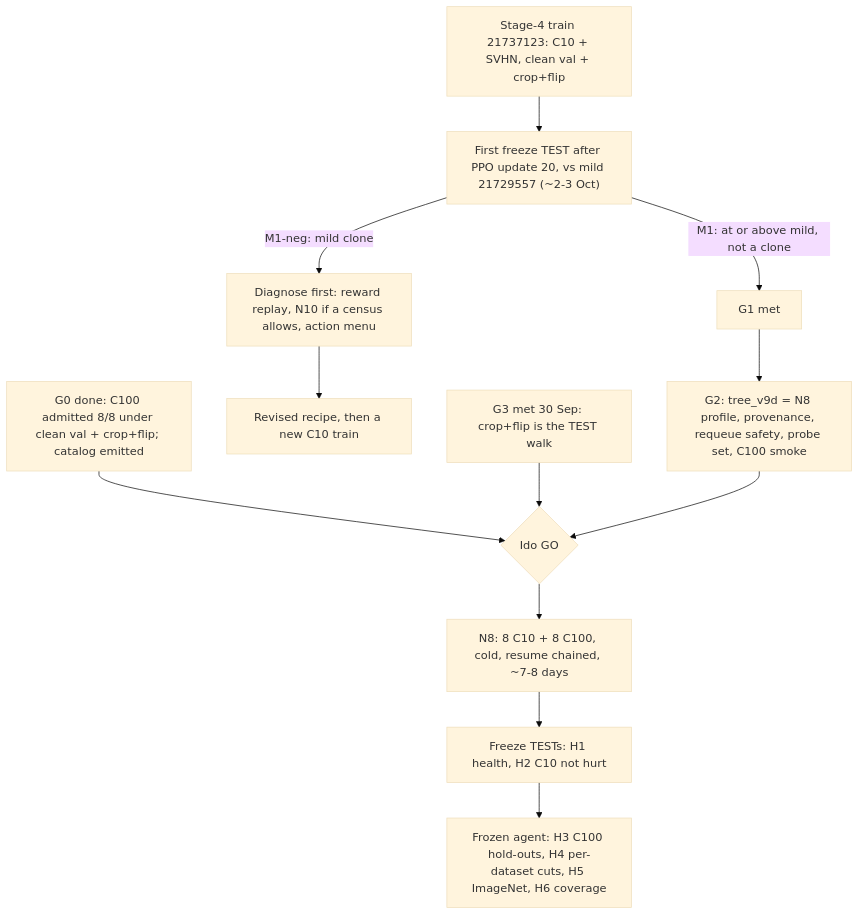
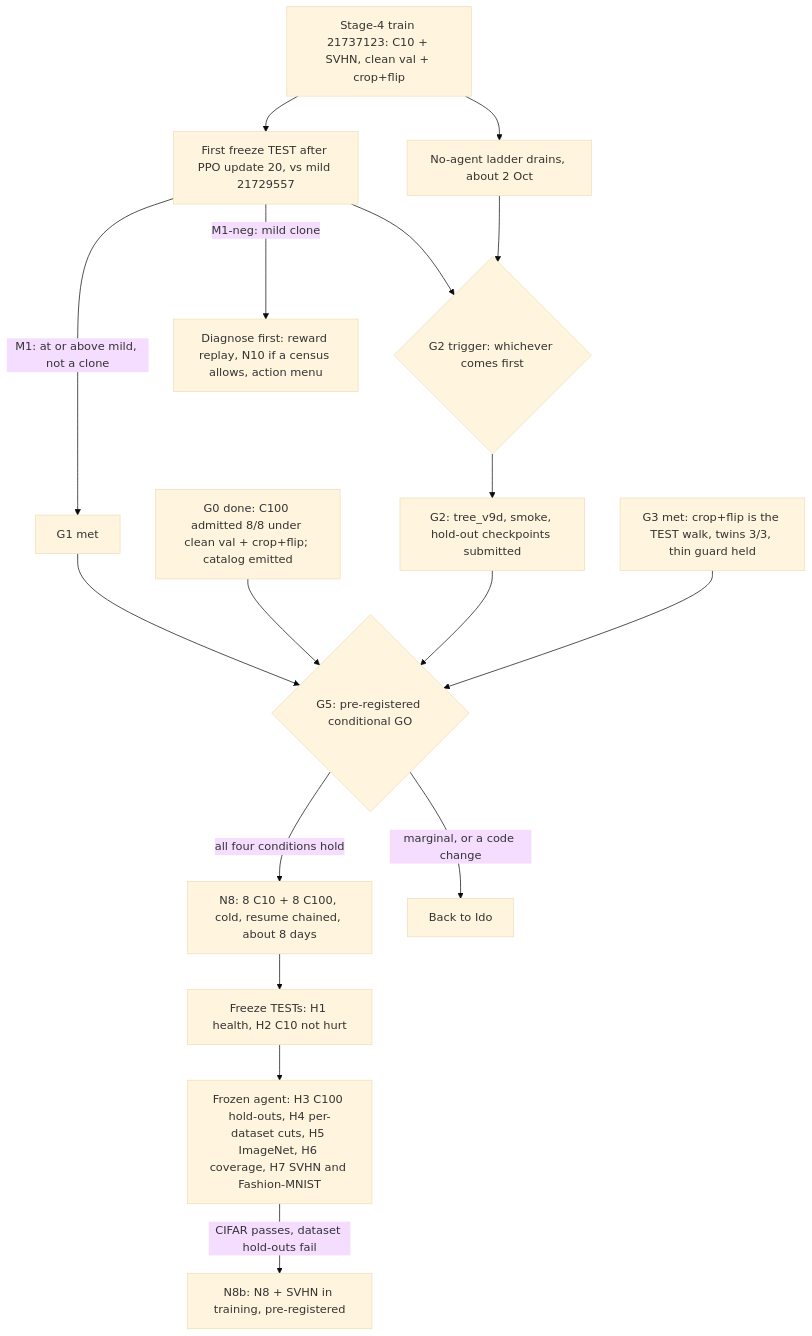
The diagram in docs/N8_DIVERSE_TRAIN_ROADMAP.md (IdoParetsky/SPECTRA-CompressionAgent), drawn with Mermaid (base theme) before and after one commit. The commit also changed other lines of this file and 12 other files, not shown here.

First line of the commit message:
30 Sep 13:20: convert 21730506 -> 21809595 (crop+flip walk); size-matched VGG-16 L2 cell 21814029; ledger 152 twins 3/3; N8 catalog rationale, G2 trigger, G5 proposal; fix OCS VGG-16 size and NEON protocol statements

````diff
--- a/docs/N8_DIVERSE_TRAIN_ROADMAP.md
+++ b/docs/N8_DIVERSE_TRAIN_ROADMAP.md
@@ -83,15 +175,21 @@
 ```mermaid
 flowchart TD
   G0["G0 done: C100 admitted 8/8 under clean val + crop+flip; catalog emitted"]
-  S4["Stage-4 train 21737123: C10 + SVHN, clean val + crop+flip"] --> T1["First freeze TEST after PPO update 20, vs mild 21729557 (~2-3 Oct)"]
+  G3["G3 met: crop+flip is the TEST walk, twins 3/3, thin guard held"]
+  S4["Stage-4 train 21737123: C10 + SVHN, clean val + crop+flip"] --> T1["First freeze TEST after PPO update 20, vs mild 21729557"]
+  S4 --> L["No-agent ladder drains, about 2 Oct"]
+  T1 --> TRIG{"G2 trigger: whichever comes first"}
+  L --> TRIG
+  TRIG --> G2["G2: tree_v9d, smoke, hold-out checkpoints submitted"]
   T1 -->|"M1: at or above mild, not a clone"| G1["G1 met"]
   T1 -->|"M1-neg: mild clone"| D["Diagnose first: reward replay, N10 if a census allows, action menu"]
-  D --> S4b["Revised recipe, then a new C10 train"]
-  G0 --> GO
-  G1 --> G2["G2: tree_v9d = N8 profile, provenance, requeue safety, probe set, C100 smoke"]
-  G3["G3 met 30 Sep: crop+flip is the TEST walk"] --> GO
-  G2 --> GO{"Ido GO"}
-  GO --> N8["N8: 8 C10 + 8 C100, cold, resume chained, ~7-8 days"]
+  G1 --> G5{"G5: pre-registered conditional GO"}
+  G0 --> G5
+  G2 --> G5
+  G3 --> G5
+  G5 -->|"all four conditions hold"| N8["N8: 8 C10 + 8 C100, cold, resume chained, about 8 days"]
+  G5 -->|"marginal, or a code change"| IDO["Back to Ido"]
   N8 --> R1["Freeze TESTs: H1 health, H2 C10 not hurt"]
-  R1 --> R2["Frozen agent: H3 C100 hold-outs, H4 per-dataset cuts, H5 ImageNet, H6 coverage"]
+  R1 --> R2["Frozen agent: H3 C100 hold-outs, H4 per-dataset cuts, H5 ImageNet, H6 coverage, H7 SVHN and Fashion-MNIST"]
+  R2 -->|"CIFAR passes, dataset hold-outs fail"| N8b["N8b: N8 + SVHN in training, pre-registered"]
 ```
````
